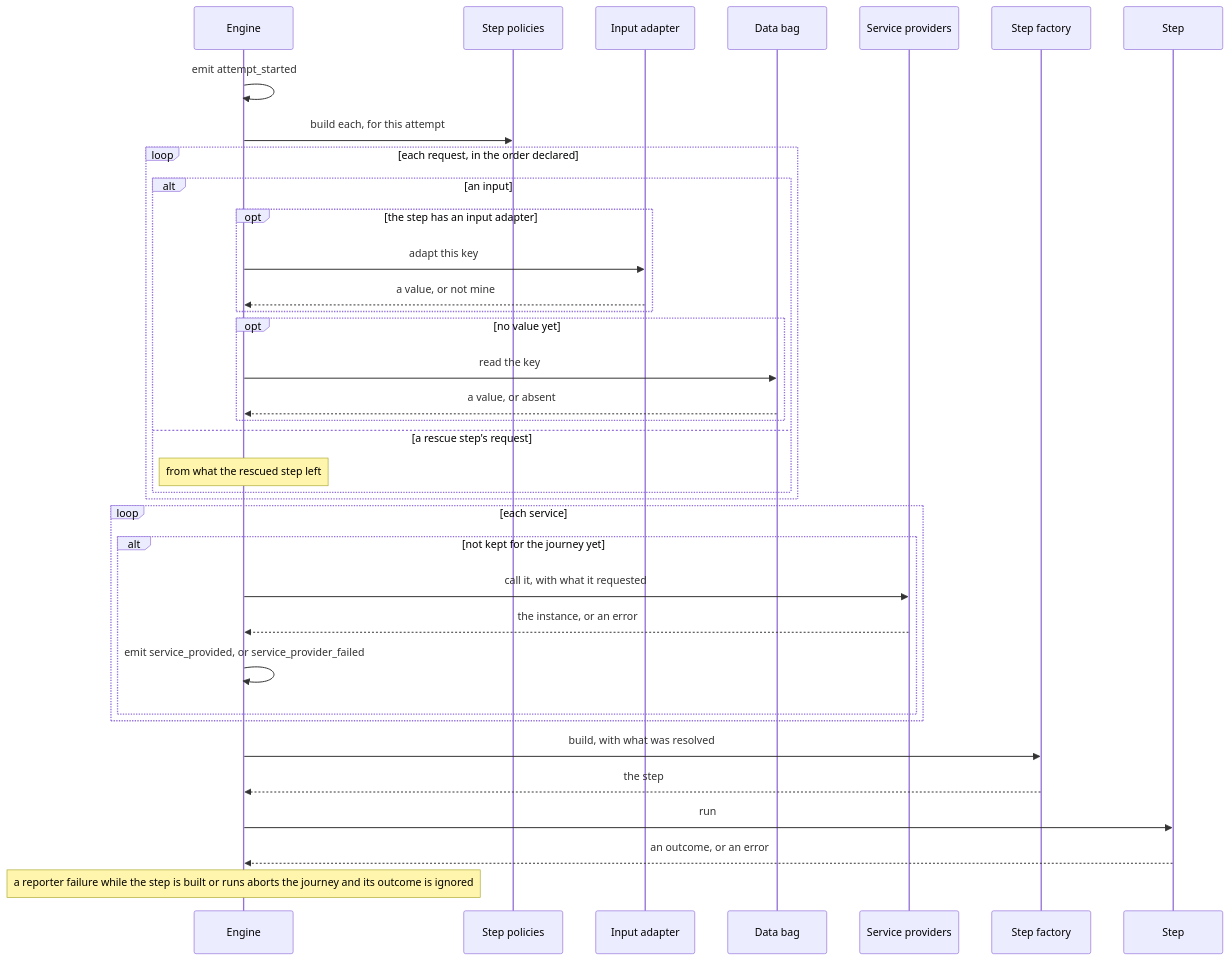
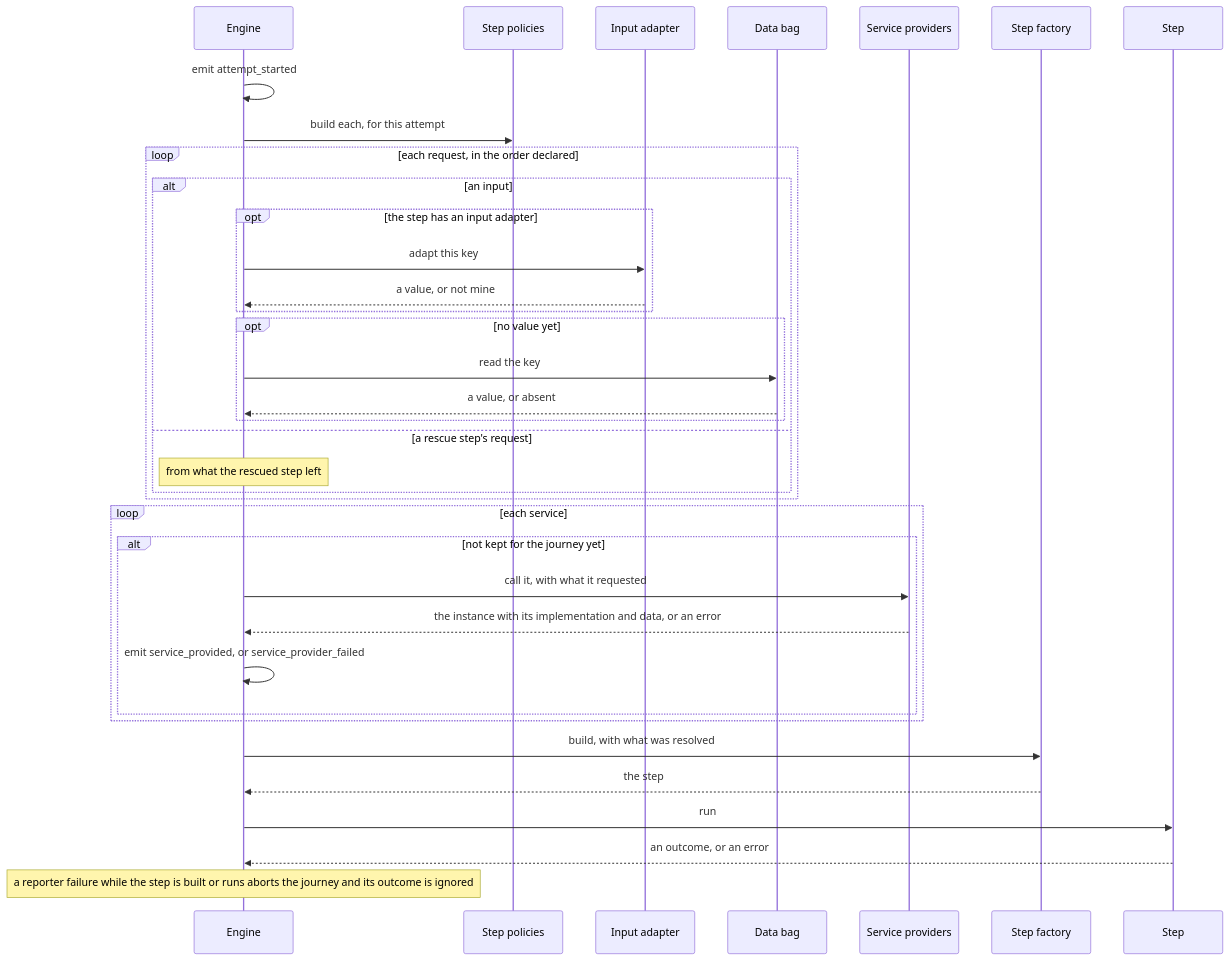
The seventh of 14 diagrams in docs/architecture.md (itinera-dev/itinera-rs), drawn with Mermaid before and after one commit. The commit also changed 15 other files, not shown here.

First line of the commit message:
Address the review of the service implementation change

````diff
--- a/docs/architecture.md
+++ b/docs/architecture.md
@@ -257,40 +257,40 @@
 ```mermaid
 sequenceDiagram
     accTitle: One attempt of a step
-    accDescr: The engine emits attempt started and builds the step's policies. For each request, in the order declared, it resolves an input through the input adapter and the data bag, or a rescue step's request from what the rescued step left. It then provides each service, calling a provider with what it requested unless its instance is kept for the journey, builds the step with what it resolved, and runs it. A reporter failing while the step is built or runs aborts the journey; otherwise the outcome or error goes on to what follows.
+    accDescr: The engine emits attempt started and builds the step's policies. For each request, in the order declared, it resolves an input through the input adapter and the data bag, or a rescue step's request from what the rescued step left. It then provides each service, calling a provider with what it requested unless its instance is kept for the journey, which returns the instance with its implementation and data, builds the step with what it resolved, and runs it. A reporter failing while the step is built or runs aborts the journey; otherwise the outcome or error goes on to what follows.
     participant Engine as Engine
     participant Policies as Step policies
     participant Adapter as Input adapter
     participant Bag as Data bag
     participant Providers as Service providers
     participant Factory as Step factory
     participant Step as Step
     Engine->>Engine: emit attempt_started
     Engine->>Policies: build each, for this attempt
     loop each request, in the order declared
         alt an input
             opt the step has an input adapter
                 Engine->>Adapter: adapt this key
                 Adapter-->>Engine: a value, or not mine
             end
             opt no value yet
                 Engine->>Bag: read the key
                 Bag-->>Engine: a value, or absent
             end
         else a rescue step's request
             Note over Engine: from what the rescued step left
         end
     end
     loop each service
         alt not kept for the journey yet
             Engine->>Providers: call it, with what it requested
-            Providers-->>Engine: the instance, or an error
+            Providers-->>Engine: the instance with its implementation and data, or an error
             Engine->>Engine: emit service_provided, or service_provider_failed
         end
     end
     Engine->>Factory: build, with what was resolved
     Factory-->>Engine: the step
     Engine->>Step: run
     Step-->>Engine: an outcome, or an error
     Note over Engine: a reporter failure while the step is built or runs aborts the journey and its outcome is ignored
 ```
````
